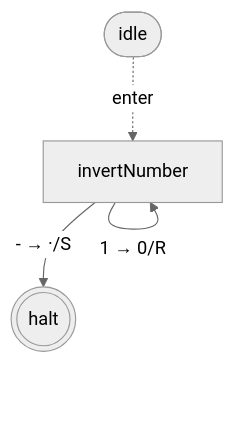
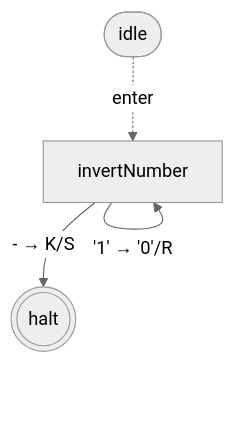
One commit to mellonis/turing-machine-js changed the third of 4 diagrams in packages/library-binary-numbers-bare/states.md. Above: the diagram before and after it, drawn with Mermaid (neutral theme). The commit also changed other lines of this file and 7 other files, not shown here.

````diff
--- a/packages/library-binary-numbers-bare/states.md
+++ b/packages/library-binary-numbers-bare/states.md
@@ -45,11 +45,11 @@
 ```mermaid
 flowchart TD
 %% alphabets: [[" ","0","1"]]
   s0(((halt)))
   s5["invertNumber"]
   idle([idle])
   idle -. enter .-> s5
-  s5 -- "0 → 1/R" --> s5
-  s5 -- "1 → 0/R" --> s5
-  s5 -- "- → ·/S" --> s0
+  s5 -- "'0' → '1'/R" --> s5
+  s5 -- "'1' → '0'/R" --> s5
+  s5 -- "- → K/S" --> s0
 ```
````
